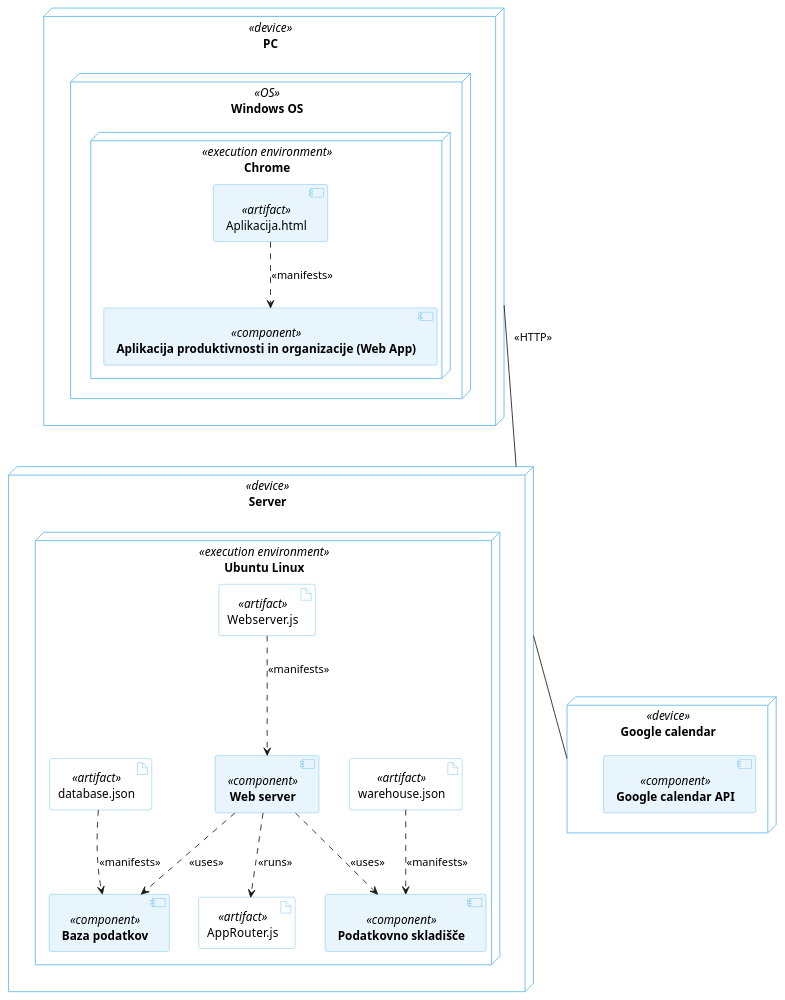
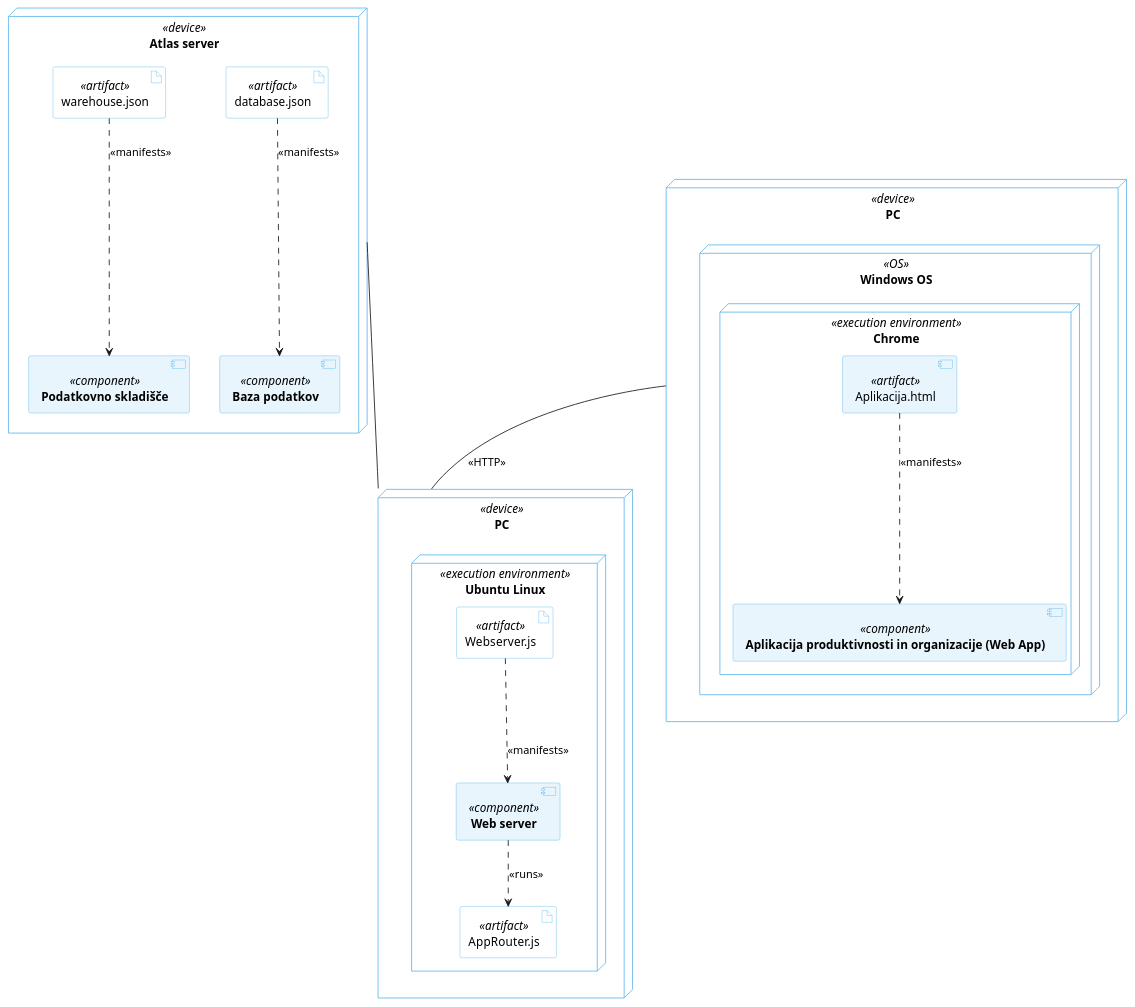
The diagram in docs/gradivo/plantuml/postavitveni_diagram.puml (juremrzek/ProductivityApp), drawn with PlantUML before and after one commit.

Commit message:
updated postavitveni_diagram

```diff
--- a/docs/gradivo/plantuml/postavitveni_diagram.puml
+++ b/docs/gradivo/plantuml/postavitveni_diagram.puml
@@ -1,61 +1,66 @@
-@startuml postavitveni_diagram
-
+@startuml
 skinparam component {
   backgroundcolor #e8f5fd
   bordercolor #5FB8EC
 }
 
 skinparam artifact {
   backgroundcolor white
   bordercolor #5FB8EC
 }
 
 skinparam node {
     bordercolor #5FB8EC
 }
 
-node "**Server**" <<device>> as S {
+node "**PC**" <<device>> as S {
     node "**Ubuntu Linux**" <<execution environment>>{
         component "**Web server**" <<component>> as WS1
-        component "**Baza podatkov**" <<component>> as B1
-        component "**Podatkovno skladišče**" <<component>> as PS1
+        
 
         artifact "Webserver.js" <<artifact>> as WS2
-        artifact "database.json" <<artifact>> as B2
-        artifact "warehouse.json" <<artifact>> as PS2
 
         artifact "AppRouter.js" <<artifact>> as WS3   
     }
+}
+
+node "**Atlas server**" <<device>> as AS{
+	component "**Baza podatkov**" <<component>> as B1
+    component "**Podatkovno skladišče**" <<component>> as PS1
+    
+    artifact "database.json" <<artifact>> as B2
+    artifact "warehouse.json" <<artifact>> as PS2
 }
 
 node "**PC**" <<device>> as PC {
     node "**Windows OS**" <<OS>> {
         node "**Chrome**" <<execution environment>>{
             component "**Aplikacija produktivnosti in organizacije (Web App)**" <<component>> as A1
             component "Aplikacija.html" <<artifact>> as A2
         }
     }
 }
 
-node "**Google calendar**" <<device>> as GC {
-    component "**Google calendar API**" <<component>> as GC1
-}
+'node "**Google calendar**" <<device>> as GC {
+'    component "**Google calendar API**" <<component>> as GC1
+'}
 
-WS1 ..> B1 : <<uses>>
-WS1 ..> PS1 : <<uses>>
+'WS1 ..> B1 : <<uses>>
+'WS1 ..> PS1 : <<uses>>
 
 WS2 ..> WS1 : <<manifests>>
 B2 ..> B1 : <<manifests>>
 PS2 ..> PS1 : <<manifests>>
 
 WS1 ..> WS3 : <<runs>>
 
 A2 ..> A1 : <<manifests>>
 
-PC --- S : <<HTTP>>
-S -- GC
+PC -- S : <<HTTP>>
+'S -- GC
 
-'WS1 ..> GC1 : <<uses>>
+''WS1 ..> GC1 : <<uses>>
 
 
+AS --- S
 @enduml
```
